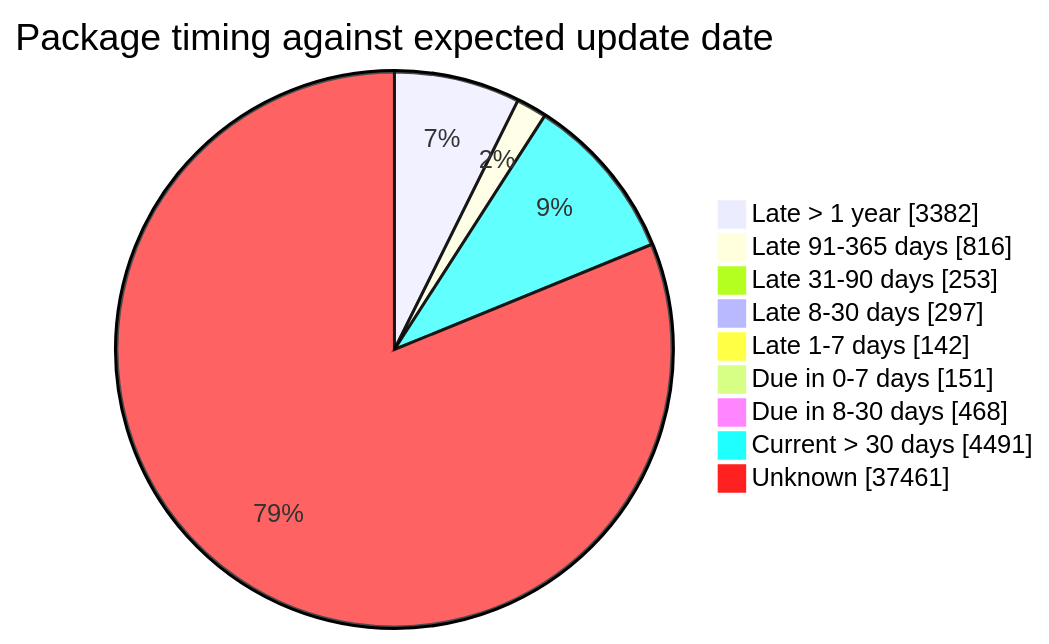
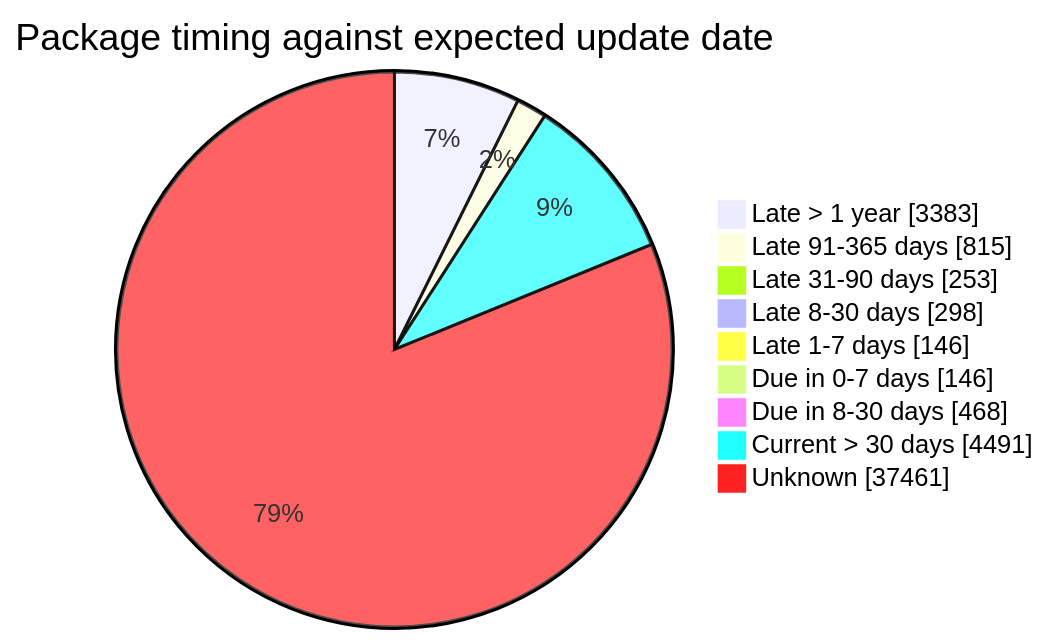
The fourth of 5 diagrams in FreshCheck/README.md (open-data/analytics-corporate-reporting), drawn with Mermaid before and after one commit. The commit also changed other lines of this file and 3 other files, not shown here.

````diff
--- a/FreshCheck/README.md
+++ b/FreshCheck/README.md
@@ -87,12 +87,12 @@
 ```mermaid
 pie showData title Package timing against expected update date
-    "Late > 1 year": 3382
-    "Late 91-365 days": 816
+    "Late > 1 year": 3383
+    "Late 91-365 days": 815
     "Late 31-90 days": 253
-    "Late 8-30 days": 297
-    "Late 1-7 days": 142
-    "Due in 0-7 days": 151
+    "Late 8-30 days": 298
+    "Late 1-7 days": 146
+    "Due in 0-7 days": 146
     "Due in 8-30 days": 468
     "Current > 30 days": 4491
     "Unknown": 37461
 ```
````
